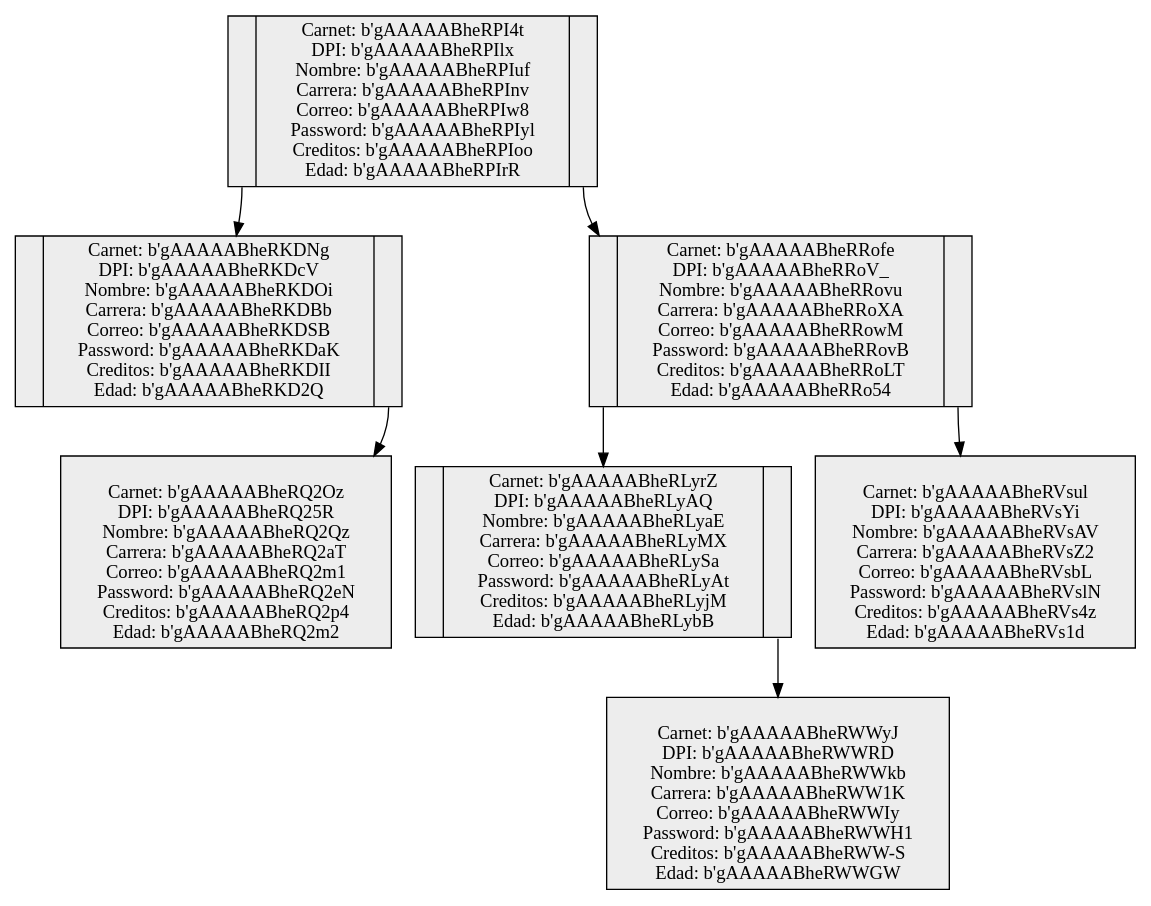
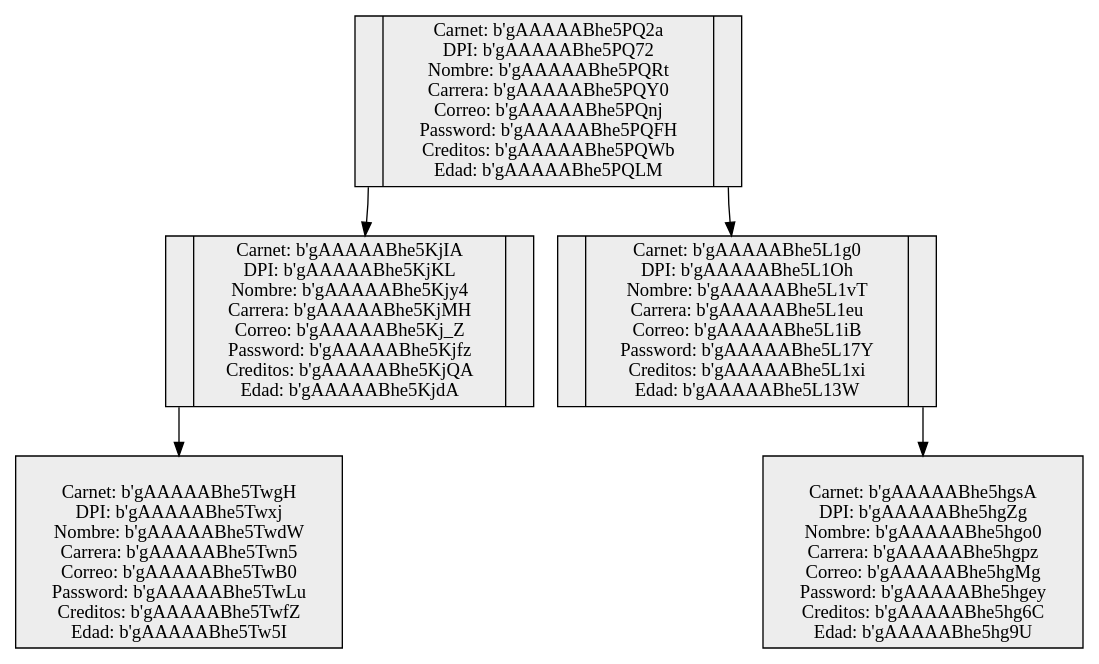
The diagram in FASE 2/FRONTEND/front/src/assets/ArbolAVLEncrypt.dot (BrayanPradoMarroquin/EDD_SmartClass_201801369), drawn with Graphviz before and after one commit. The commit also changed 18 other files, not shown here.

```diff
--- a/FASE 2/FRONTEND/front/src/assets/ArbolAVLEncrypt.dot
+++ b/FASE 2/FRONTEND/front/src/assets/ArbolAVLEncrypt.dot
@@ -1,17 +1,13 @@
 digraph G { 
 rankdir=TB; 
 node [shape = record, color=black , style=filled, fillcolor=gray93];
-nodo201801603 [ label ="<C0>| Carnet: b'gAAAAABheRPI4t\n DPI: b'gAAAAABheRPIlx\n Nombre: b'gAAAAABheRPIuf\n Carrera: b'gAAAAABheRPInv\n Correo: b'gAAAAABheRPIw8\n Password: b'gAAAAABheRPIyl\n Creditos: b'gAAAAABheRPIoo\n Edad: b'gAAAAABheRPIrR|<C1>"];
-nodo201801369 [ label ="<C0>| Carnet: b'gAAAAABheRKDNg\n DPI: b'gAAAAABheRKDcV\n Nombre: b'gAAAAABheRKDOi\n Carrera: b'gAAAAABheRKDBb\n Correo: b'gAAAAABheRKDSB\n Password: b'gAAAAABheRKDaK\n Creditos: b'gAAAAABheRKDII\n Edad: b'gAAAAABheRKD2Q|<C1>"];
-nodo20180146[ label="\n Carnet: b'gAAAAABheRQ2Oz\n DPI: b'gAAAAABheRQ25R\n Nombre: b'gAAAAABheRQ2Qz\n Carrera: b'gAAAAABheRQ2aT\n Correo: b'gAAAAABheRQ2m1\n Password: b'gAAAAABheRQ2eN\n Creditos: b'gAAAAABheRQ2p4\n Edad: b'gAAAAABheRQ2m2"]; 
-nodo201801369:C1->nodo20180146
+nodo201801603 [ label ="<C0>| Carnet: b'gAAAAABhe5PQ2a\n DPI: b'gAAAAABhe5PQ72\n Nombre: b'gAAAAABhe5PQRt\n Carrera: b'gAAAAABhe5PQY0\n Correo: b'gAAAAABhe5PQnj\n Password: b'gAAAAABhe5PQFH\n Creditos: b'gAAAAABhe5PQWb\n Edad: b'gAAAAABhe5PQLM|<C1>"];
+nodo201801369 [ label ="<C0>| Carnet: b'gAAAAABhe5KjIA\n DPI: b'gAAAAABhe5KjKL\n Nombre: b'gAAAAABhe5Kjy4\n Carrera: b'gAAAAABhe5KjMH\n Correo: b'gAAAAABhe5Kj_Z\n Password: b'gAAAAABhe5Kjfz\n Creditos: b'gAAAAABhe5KjQA\n Edad: b'gAAAAABhe5KjdA|<C1>"];
+nodo201801146[ label="\n Carnet: b'gAAAAABhe5TwgH\n DPI: b'gAAAAABhe5Twxj\n Nombre: b'gAAAAABhe5TwdW\n Carrera: b'gAAAAABhe5Twn5\n Correo: b'gAAAAABhe5TwB0\n Password: b'gAAAAABhe5TwLu\n Creditos: b'gAAAAABhe5TwfZ\n Edad: b'gAAAAABhe5Tw5I"]; 
+nodo201801369:C0->nodo201801146
 nodo201801603:C0->nodo201801369
-nodo201907636 [ label ="<C0>| Carnet: b'gAAAAABheRRofe\n DPI: b'gAAAAABheRRoV_\n Nombre: b'gAAAAABheRRovu\n Carrera: b'gAAAAABheRRoXA\n Correo: b'gAAAAABheRRowM\n Password: b'gAAAAABheRRovB\n Creditos: b'gAAAAABheRRoLT\n Edad: b'gAAAAABheRRo54|<C1>"];
-nodo201801627 [ label ="<C0>| Carnet: b'gAAAAABheRLyrZ\n DPI: b'gAAAAABheRLyAQ\n Nombre: b'gAAAAABheRLyaE\n Carrera: b'gAAAAABheRLyMX\n Correo: b'gAAAAABheRLySa\n Password: b'gAAAAABheRLyAt\n Creditos: b'gAAAAABheRLyjM\n Edad: b'gAAAAABheRLybB|<C1>"];
-nodo20190114[ label="\n Carnet: b'gAAAAABheRWWyJ\n DPI: b'gAAAAABheRWWRD\n Nombre: b'gAAAAABheRWWkb\n Carrera: b'gAAAAABheRWW1K\n Correo: b'gAAAAABheRWWIy\n Password: b'gAAAAABheRWWH1\n Creditos: b'gAAAAABheRWW-S\n Edad: b'gAAAAABheRWWGW"]; 
-nodo201801627:C1->nodo20190114
-nodo201907636:C0->nodo201801627
-nodo202122576[ label="\n Carnet: b'gAAAAABheRVsul\n DPI: b'gAAAAABheRVsYi\n Nombre: b'gAAAAABheRVsAV\n Carrera: b'gAAAAABheRVsZ2\n Correo: b'gAAAAABheRVsbL\n Password: b'gAAAAABheRVslN\n Creditos: b'gAAAAABheRVs4z\n Edad: b'gAAAAABheRVs1d"]; 
-nodo201907636:C1->nodo202122576
-nodo201801603:C1->nodo201907636
+nodo201801627 [ label ="<C0>| Carnet: b'gAAAAABhe5L1g0\n DPI: b'gAAAAABhe5L1Oh\n Nombre: b'gAAAAABhe5L1vT\n Carrera: b'gAAAAABhe5L1eu\n Correo: b'gAAAAABhe5L1iB\n Password: b'gAAAAABhe5L17Y\n Creditos: b'gAAAAABhe5L1xi\n Edad: b'gAAAAABhe5L13W|<C1>"];
+nodo20180596[ label="\n Carnet: b'gAAAAABhe5hgsA\n DPI: b'gAAAAABhe5hgZg\n Nombre: b'gAAAAABhe5hgo0\n Carrera: b'gAAAAABhe5hgpz\n Correo: b'gAAAAABhe5hgMg\n Password: b'gAAAAABhe5hgey\n Creditos: b'gAAAAABhe5hg6C\n Edad: b'gAAAAABhe5hg9U"]; 
+nodo201801627:C1->nodo20180596
+nodo201801603:C1->nodo201801627
 } 
```
